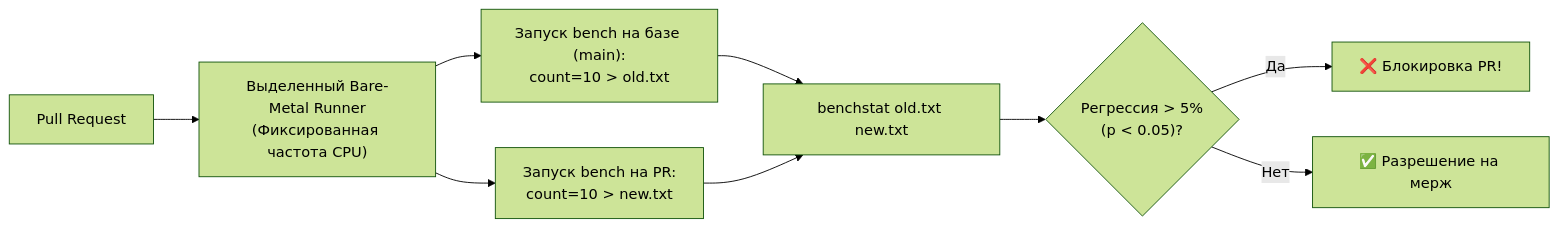
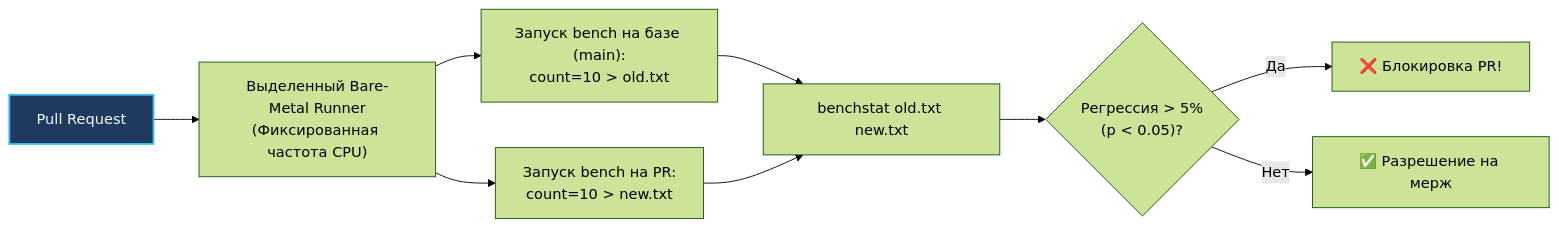
Before and after one commit to UnrealTemplier/go-textbook: the third of 3 diagrams in sources/16. Профилирование, отладка и производительность/02. Benchmarking/2. Benchmarking в Go.md, drawn with Mermaid (forest theme). The commit also changed other lines of this file and 1666 other files, not shown here.

First line of the commit message:
feat(mermaid): add semantic color classDef to 1369 colorless flowchart/graph diagrams

````diff
--- a/sources/16. Профилирование, отладка и производительность/02. Benchmarking/2. Benchmarking в Go.md
+++ b/sources/16. Профилирование, отладка и производительность/02. Benchmarking/2. Benchmarking в Go.md
@@ -405,11 +425,21 @@
 ```mermaid
 flowchart LR
-    Commit["Pull Request"] --> Runner["Выделенный Bare-Metal Runner<br>(Фиксированная частота CPU)"]
+    classDef process  fill:#1e293b,stroke:#38bdf8,stroke-width:1px,color:#f8fafc
+    classDef success  fill:#064e3b,stroke:#34d399,stroke-width:1px,color:#f8fafc
+    classDef error    fill:#7f1d1d,stroke:#f87171,stroke-width:1px,color:#f8fafc
+    classDef warning  fill:#78350f,stroke:#fbbf24,stroke-width:1px,color:#f8fafc
+    classDef entry    fill:#1e3a5f,stroke:#38bdf8,stroke-width:2px,color:#f8fafc
+    classDef aux      fill:#334155,stroke:#64748b,stroke-width:1px,color:#f8fafc
+    classDef system   fill:#312e81,stroke:#a78bfa,stroke-width:1px,color:#f8fafc
+    classDef data     fill:#132d29,stroke:#2dd4bf,stroke-width:1px,color:#f8fafc
+    classDef network  fill:#881337,stroke:#fb7185,stroke-width:1px,color:#f8fafc
+    classDef accent   fill:#1e1b4b,stroke:#818cf8,stroke-width:1px,color:#f8fafc
+    Commit["Pull Request"]:::entry --> Runner["Выделенный Bare-Metal Runner<br>(Фиксированная частота CPU)"]
     Runner --> RunOld["Запуск bench на базе (main):<br>count=10 > old.txt"]
     Runner --> RunNew["Запуск bench на PR:<br>count=10 > new.txt"]
     RunOld --> Benchstat["benchstat old.txt new.txt"]
     RunNew --> Benchstat
     Benchstat --> Decision{"Регрессия > 5%<br>(p < 0.05)?"}
     Decision -- "Да" --> Block["❌ Блокировка PR!"]
     Decision -- "Нет" --> Merge["✅ Разрешение на мерж"]
 ```
````
